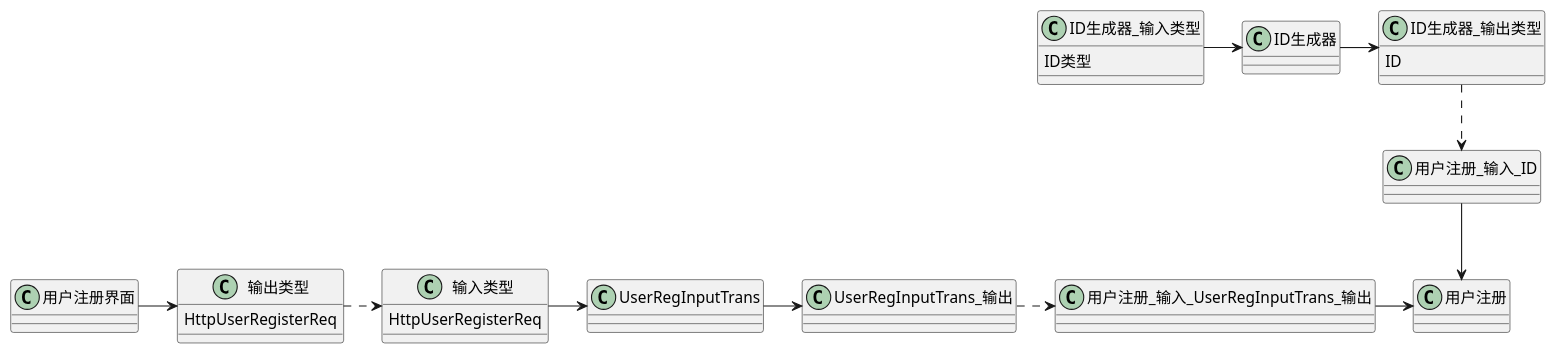
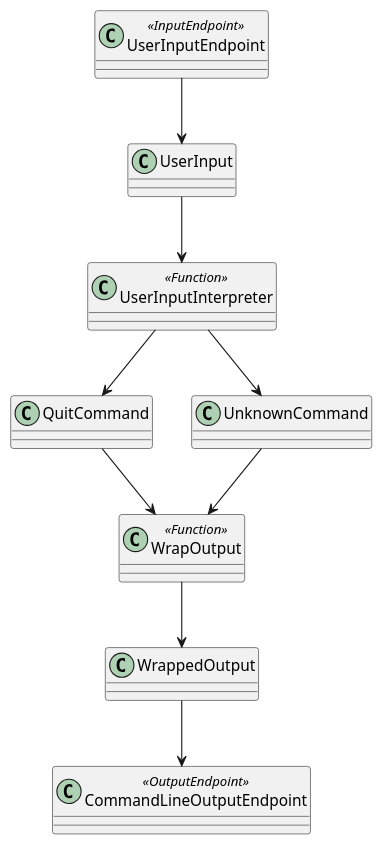
One commit to notyy/TypeFlow changed the diagram in example/example.puml. Above: the diagram before and after it, drawn with PlantUML. The commit also changed 23 other files, not shown here.

```diff
--- a/example/example.puml
+++ b/example/example.puml
@@ -1,38 +1,51 @@
 @startuml
-class 用户注册界面 {
-}
-class 输出类型 {
-    HttpUserRegisterReq
-}
+'class 用户注册界面 {
+'}
+'class 输出类型 {
+'    HttpUserRegisterReq
+'}
+'
+'class UserRegInputTrans
+'class 输入类型 {
+'    HttpUserRegisterReq
+'}
+'class UserRegInputTrans_输出
+'
+'用户注册界面 -> 输出类型
+'输出类型 .r.> 输入类型
+'输入类型 -> UserRegInputTrans
+'UserRegInputTrans -> UserRegInputTrans_输出
+'
+'class ID生成器 {
+'}
+'class ID生成器_输入类型 {
+'    ID类型
+'}
+'class ID生成器_输出类型 {
+'    ID
+'}
+'ID生成器_输入类型 -> ID生成器
+'ID生成器 -> ID生成器_输出类型
+'
+'class 用户注册 {
+'}
+'class 用户注册_输入_ID
+'class 用户注册_输入_UserRegInputTrans_输出
+'用户注册_输入_ID --> 用户注册
+'用户注册_输入_UserRegInputTrans_输出 -> 用户注册
+'UserRegInputTrans_输出 .> 用户注册_输入_UserRegInputTrans_输出
+'ID生成器_输出类型 ..> 用户注册_输入_ID
+class UserInputEndpoint <<InputEndpoint>>
+class UserInputInterpreter <<Function>>
+class WrapOutput <<Function>>
+class CommandLineOutputEndpoint <<OutputEndpoint>>
 
-class UserRegInputTrans
-class 输入类型 {
-    HttpUserRegisterReq
-}
-class UserRegInputTrans_输出
-
-用户注册界面 -> 输出类型
-输出类型 .r.> 输入类型
-输入类型 -> UserRegInputTrans
-UserRegInputTrans -> UserRegInputTrans_输出
-
-class ID生成器 {
-}
-class ID生成器_输入类型 {
-    ID类型
-}
-class ID生成器_输出类型 {
-    ID
-}
-ID生成器_输入类型 -> ID生成器
-ID生成器 -> ID生成器_输出类型
-
-class 用户注册 {
-}
-class 用户注册_输入_ID
-class 用户注册_输入_UserRegInputTrans_输出
-用户注册_输入_ID --> 用户注册
-用户注册_输入_UserRegInputTrans_输出 -> 用户注册
-UserRegInputTrans_输出 .> 用户注册_输入_UserRegInputTrans_输出
-ID生成器_输出类型 ..> 用户注册_输入_ID
+UserInputEndpoint --> UserInput
+UserInput --> UserInputInterpreter
+UserInputInterpreter --> QuitCommand
+UserInputInterpreter --> UnknownCommand
+UnknownCommand --> WrapOutput
+QuitCommand --> WrapOutput
+WrapOutput --> WrappedOutput
+WrappedOutput --> CommandLineOutputEndpoint
 @enduml
```
